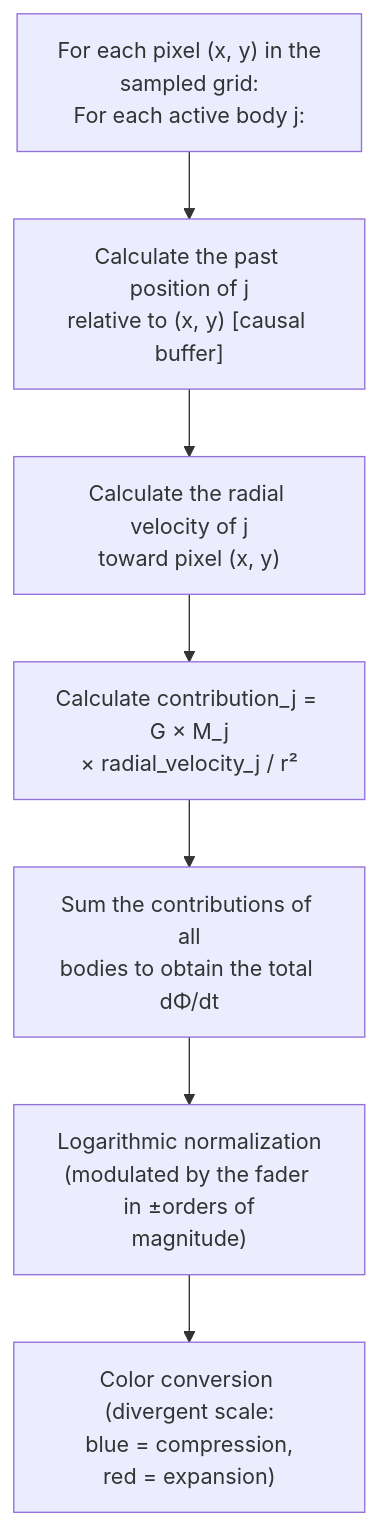
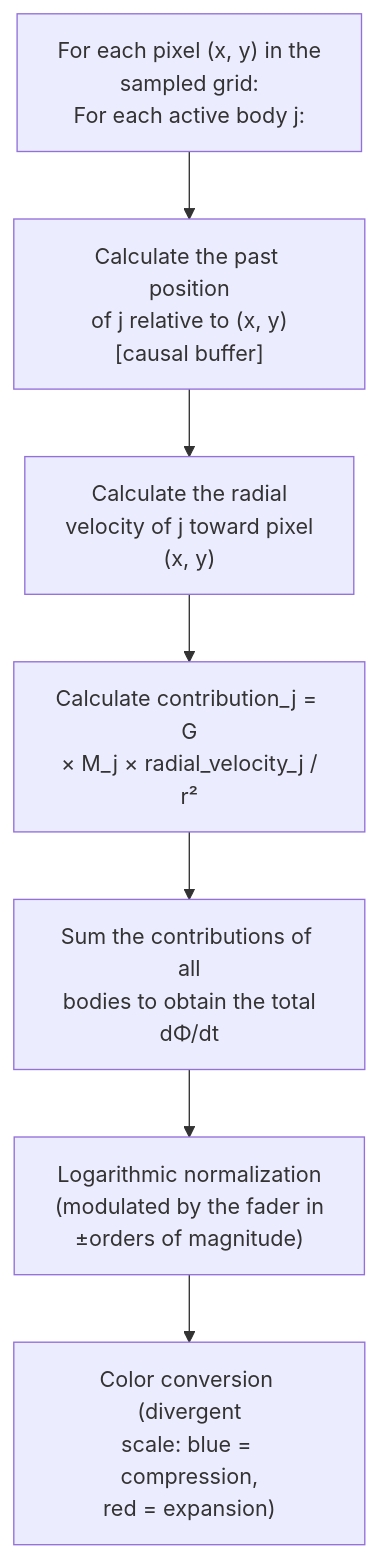
Before and after one commit to alessandro-pioli/AstroCausal_Engine: the sixth of 11 diagrams in ARCHITECTURE_DEEP_DIVE.md, drawn with Mermaid. The commit also changed other lines of this file and 2 other files, not shown here.

Commit message:
docs: leggibilita dei diagrammi e igiene del gitignore

````diff
--- a/ARCHITECTURE_DEEP_DIVE.md
+++ b/ARCHITECTURE_DEEP_DIVE.md
@@ -489,9 +489,9 @@
 ```mermaid
 flowchart TD
-    A["For each pixel (x, y) in the<br/>sampled grid:<br/>For each active body j:"] --> B["Calculate the past position of j<br/>relative to (x, y) [causal buffer]"]
-    B --> C["Calculate the radial velocity of j<br/>toward pixel (x, y)"]
-    C --> D["Calculate contribution_j = G × M_j<br/>× radial_velocity_j / r²"]
-    D --> E["Sum the contributions of all<br/>bodies to obtain the total dΦ/dt"]
-    E --> F["Logarithmic normalization<br/>(modulated by the fader in ±orders of<br/>magnitude)"]
-    F --> G["Color conversion (divergent scale:<br/>blue = compression,<br/>red = expansion)"]
+    A["For each pixel (x, y) in the<br/>sampled grid:<br/>For each active body j:"] --> B["Calculate the past position<br/>of j relative to (x, y)<br/>[causal buffer]"]
+    B --> C["Calculate the radial<br/>velocity of j toward pixel<br/>(x, y)"]
+    C --> D["Calculate contribution_j = G<br/>× M_j × radial_velocity_j /<br/>r²"]
+    D --> E["Sum the contributions of all<br/>bodies to obtain the total<br/>dΦ/dt"]
+    E --> F["Logarithmic normalization<br/>(modulated by the fader in<br/>±orders of magnitude)"]
+    F --> G["Color conversion (divergent<br/>scale: blue = compression,<br/>red = expansion)"]
 ```
````
